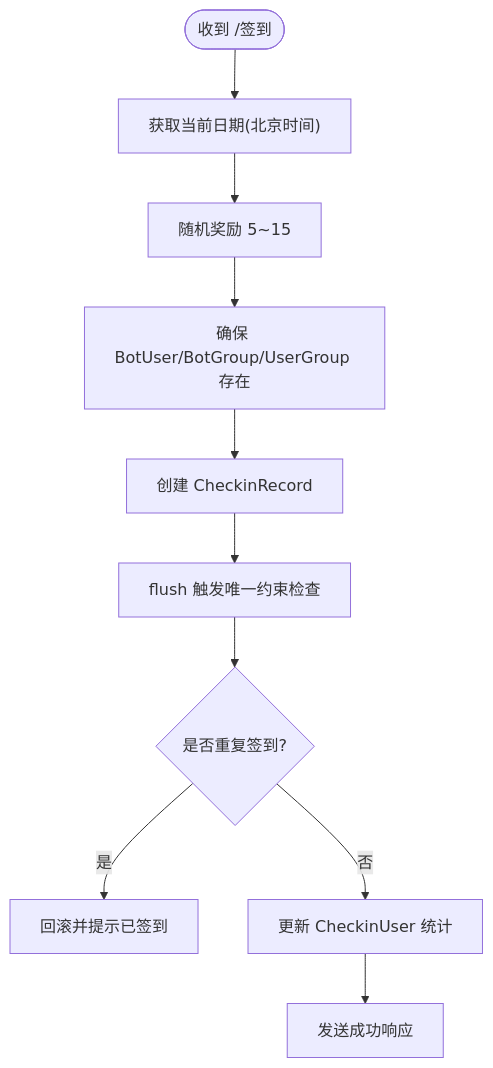
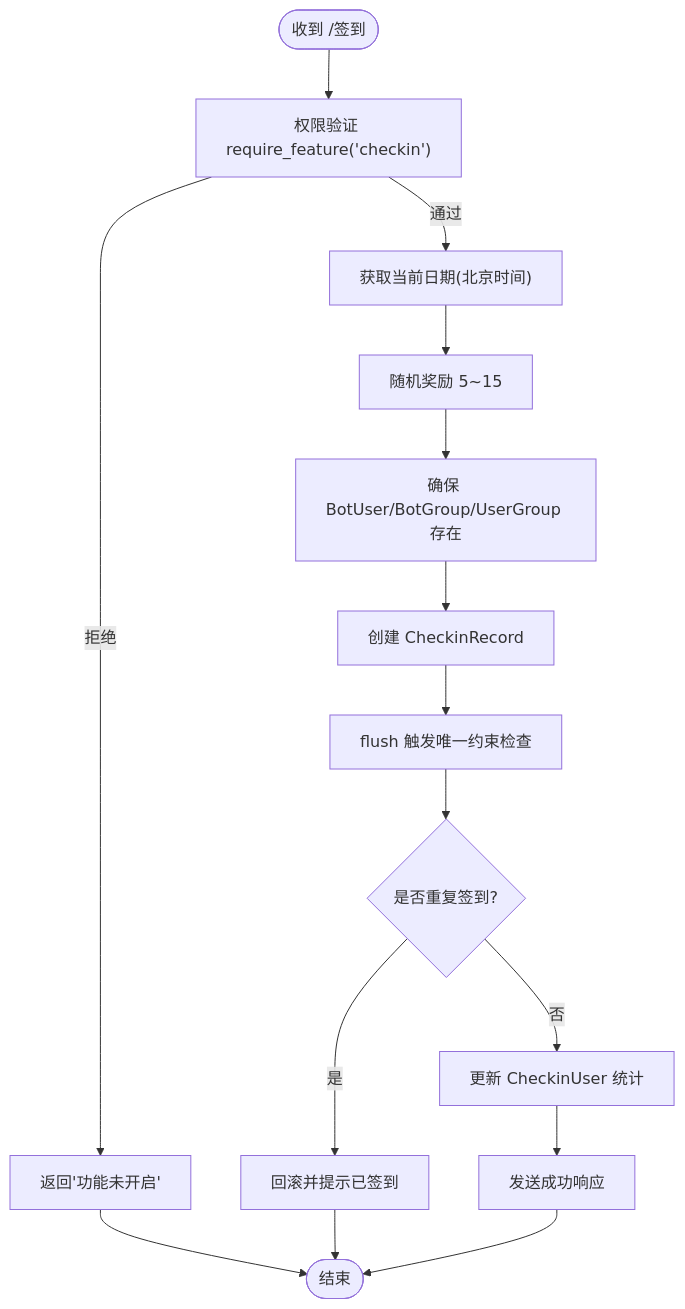
One commit to Wohaokunr/yawn_bot changed the sixth of 9 diagrams in .qoder/repowiki/zh/content/核心功能模块/用户信息查询.md. Above: the diagram before and after it, drawn with Mermaid. The commit also changed other lines of this file and 10 other files, not shown here.

````diff
--- a/.qoder/repowiki/zh/content/核心功能模块/用户信息查询.md
+++ b/.qoder/repowiki/zh/content/核心功能模块/用户信息查询.md
@@ -258,12 +334,17 @@
 ```mermaid
 flowchart TD
-Start(["收到 /签到"]) --> Now["获取当前日期(北京时间)"]
+Start(["收到 /签到"]) --> PermCheck["权限验证 require_feature('checkin')"]
+PermCheck --> |通过| Now["获取当前日期(北京时间)"]
+PermCheck --> |拒绝| Deny["返回'功能未开启'"]
 Now --> Reward["随机奖励 5~15"]
 Reward --> EnsureEntities["确保 BotUser/BotGroup/UserGroup 存在"]
 EnsureEntities --> Record["创建 CheckinRecord"]
 Record --> Flush["flush 触发唯一约束检查"]
 Flush --> UniqueOK{"是否重复签到?"}
 UniqueOK --> |是| Rollback["回滚并提示已签到"]
 UniqueOK --> |否| UpdateStats["更新 CheckinUser 统计"]
 UpdateStats --> Finish["发送成功响应"]
+Deny --> End(["结束"])
+Rollback --> End
+Finish --> End
 ```
````
